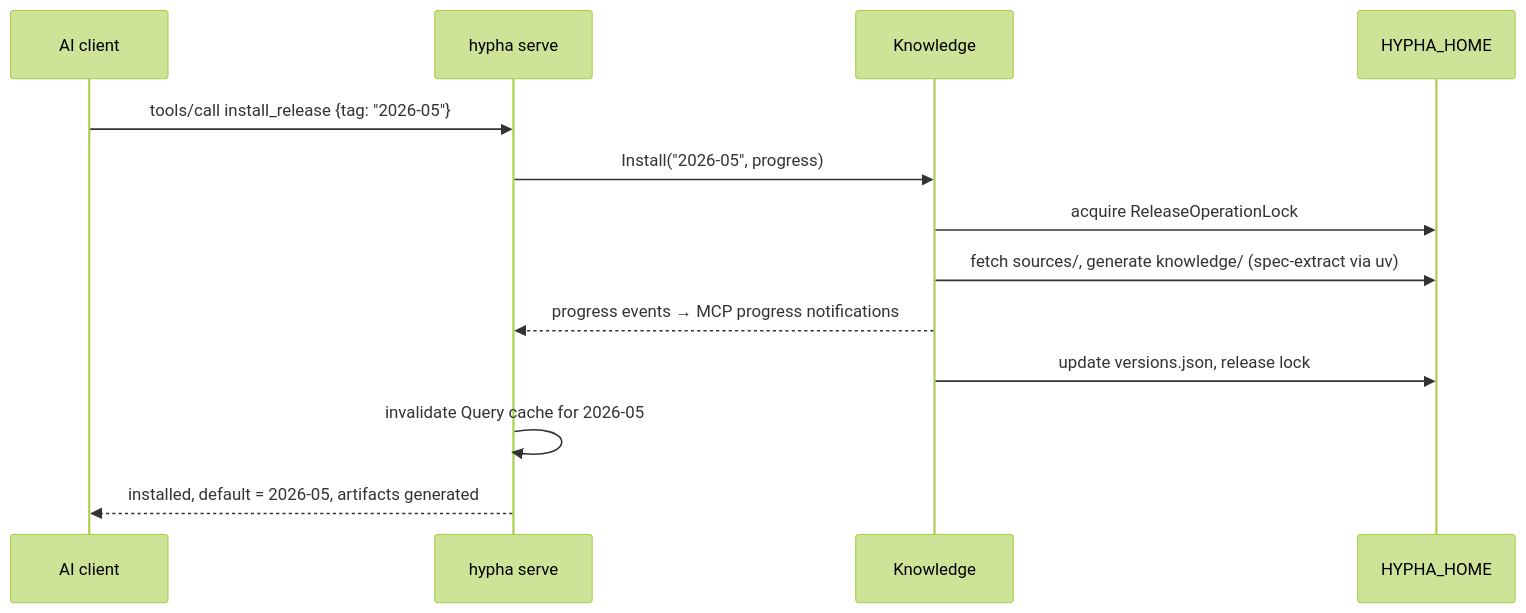
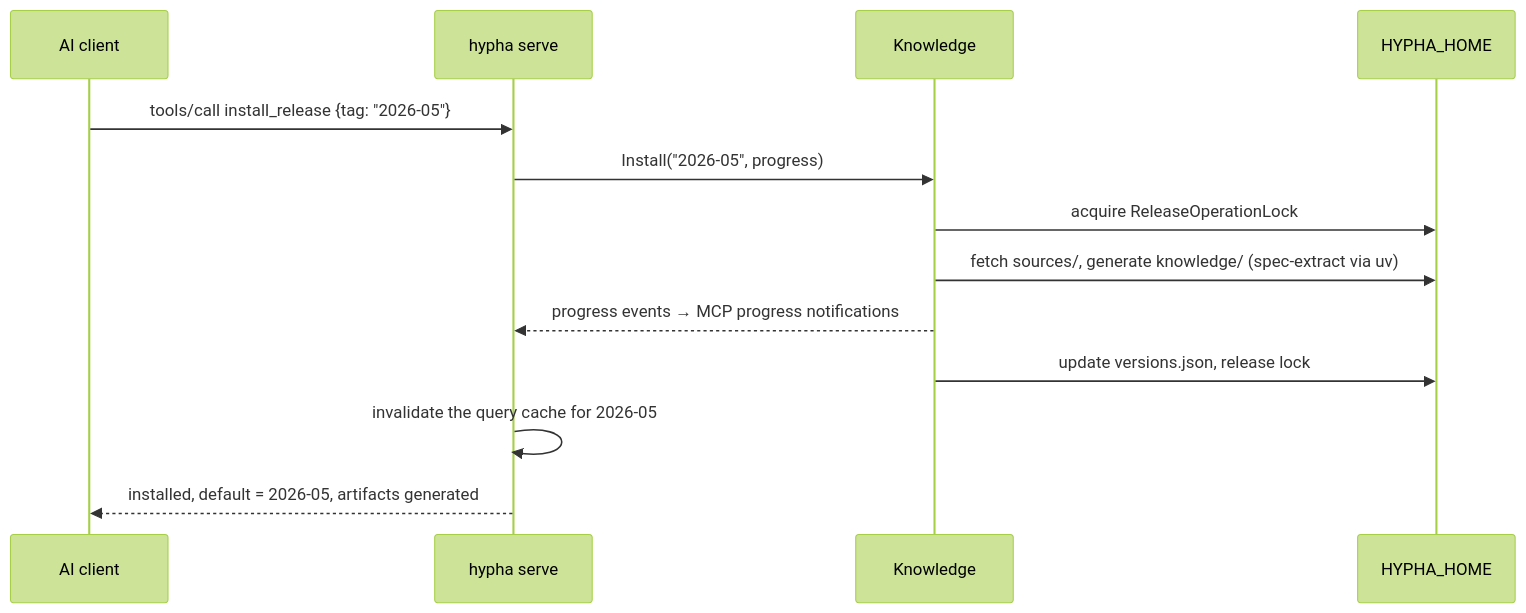
Before and after one commit to mycelium-cmbse/mycelium-hypha: the fourth of 4 diagrams in hypha-mcp-refactor-plan.md, drawn with Mermaid (forest theme). The commit also changed other lines of this file and 282 other files, not shown here.

````diff
--- a/hypha-mcp-refactor-plan.md
+++ b/hypha-mcp-refactor-plan.md
@@ -142,15 +137,15 @@
 ```mermaid
 sequenceDiagram
     participant A as AI client
     participant S as hypha serve
     participant K as Knowledge
     participant H as HYPHA_HOME
     A->>S: tools/call install_release {tag: "2026-05"}
     S->>K: Install("2026-05", progress)
     K->>H: acquire ReleaseOperationLock
     K->>H: fetch sources/, generate knowledge/ (spec-extract via uv)
     K-->>S: progress events → MCP progress notifications
     K->>H: update versions.json, release lock
-    S->>S: invalidate Query cache for 2026-05
+    S->>S: invalidate the query cache for 2026-05
     S-->>A: installed, default = 2026-05, artifacts generated
 ```
````
